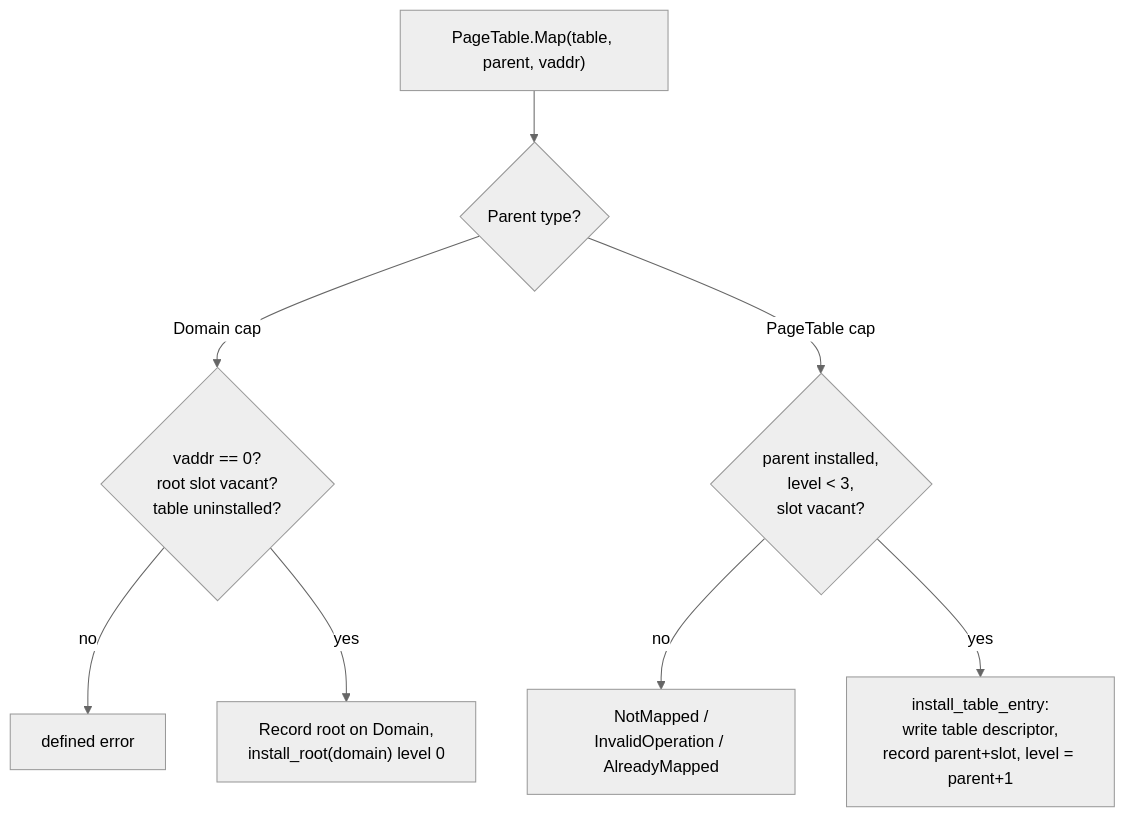
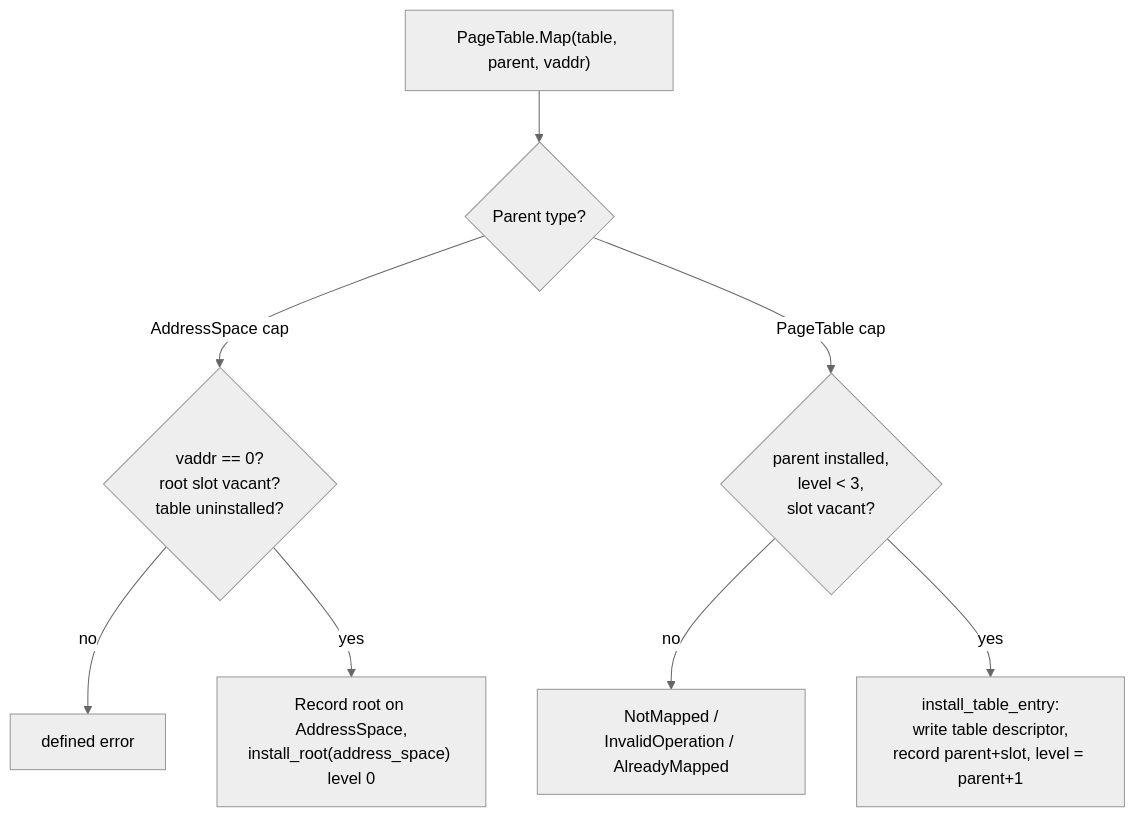
The diagram in doc/object_types/arch/page_table.md (metta-systems/vesper), drawn with Mermaid (neutral theme) before and after one commit. The commit also changed other lines of this file and 67 other files, not shown here.

Commit message:
Split Domain into Thread and AddressSpace

````diff
--- a/doc/object_types/arch/page_table.md
+++ b/doc/object_types/arch/page_table.md
@@ -28,10 +28,10 @@
 ```mermaid
 flowchart TD
     PT["PageTable.Map(table, parent, vaddr)"] --> Q{"Parent type?"}
-    Q -- "Domain cap" --> R{"vaddr == 0?<br/>root slot vacant?<br/>table uninstalled?"}
+    Q -- "AddressSpace cap" --> R{"vaddr == 0?<br/>root slot vacant?<br/>table uninstalled?"}
     R -- "no" --> E1["defined error"]
-    R -- "yes" --> RC["Record root on Domain,<br/>install_root(domain) level 0"]
+    R -- "yes" --> RC["Record root on AddressSpace,<br/>install_root(address_space) level 0"]
     Q -- "PageTable cap" --> I{"parent installed,<br/>level < 3,<br/>slot vacant?"}
     I -- "no" --> E2["NotMapped /<br/>InvalidOperation / AlreadyMapped"]
     I -- "yes" --> IC["install_table_entry:<br/>write table descriptor,<br/>record parent+slot, level = parent+1"]
 ```
````
